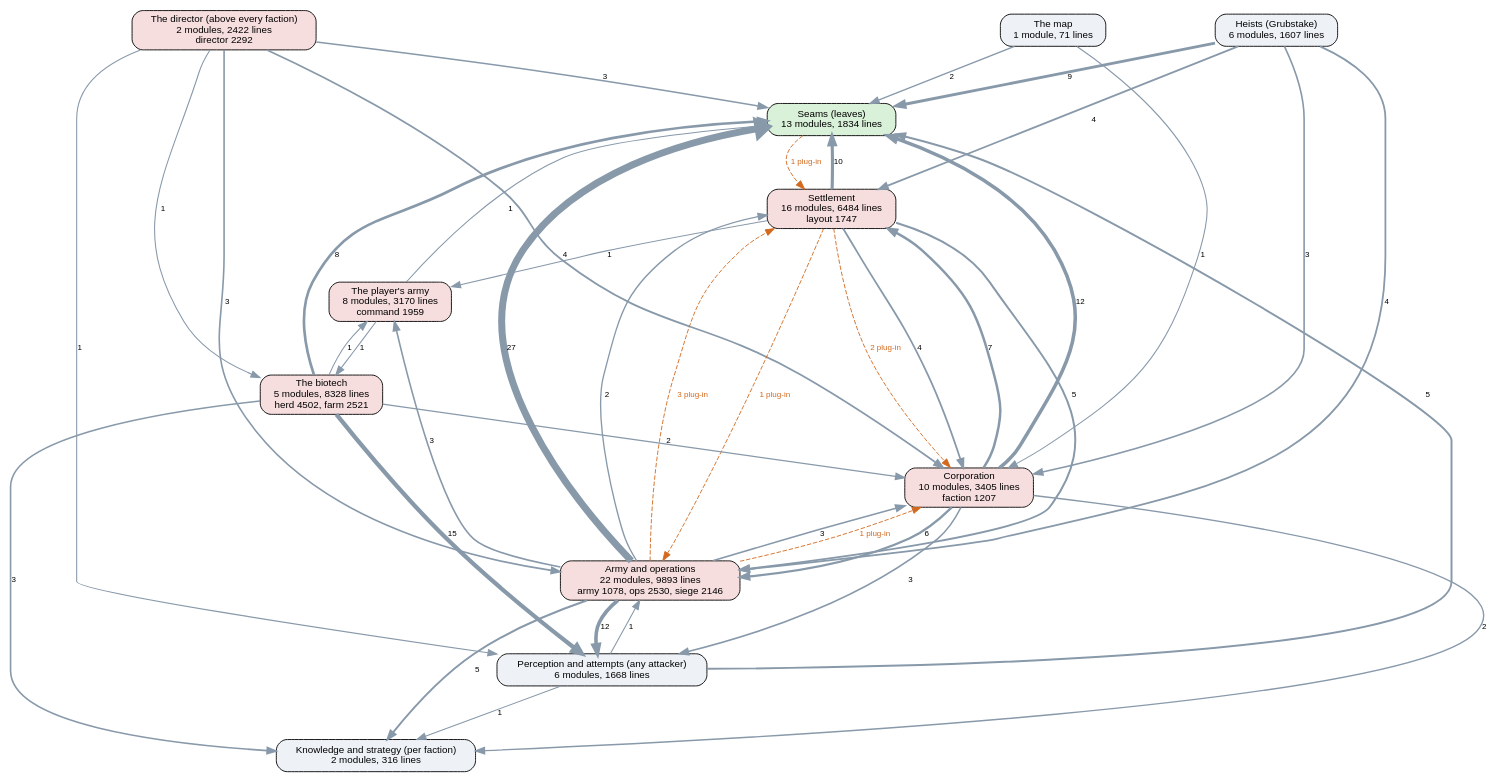
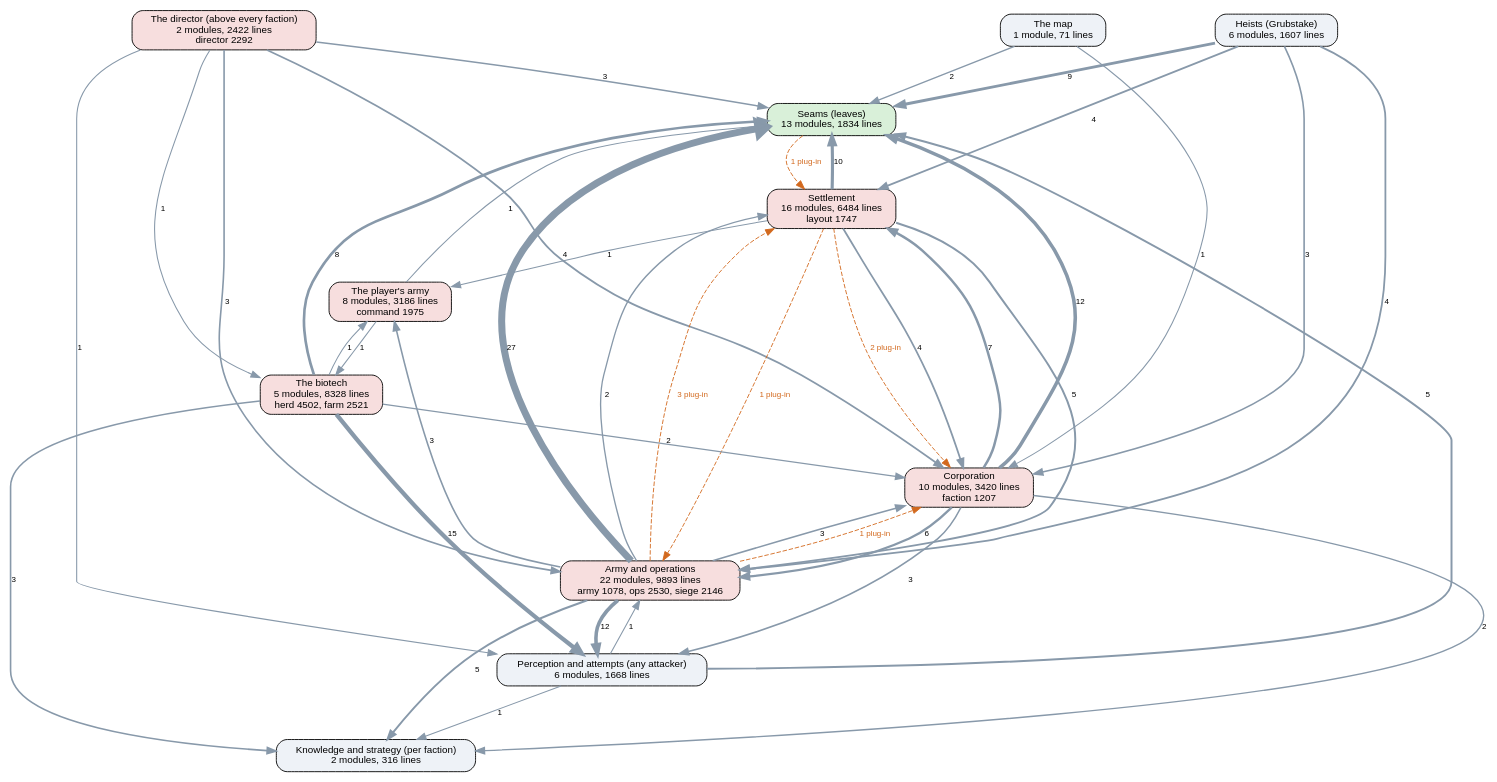
Before and after one commit to kinelhu/landing-party: the diagram in docs/ai-layers.dot, drawn with Graphviz. The commit also changed 28 other files, not shown here.

```diff
--- a/docs/ai-layers.dot
+++ b/docs/ai-layers.dot
@@ -1,57 +1,57 @@
 digraph layers {
   graph [rankdir=TB, fontname="Helvetica", nodesep=0.5, ranksep=0.7];
   node [shape=box, style="rounded,filled", fontname="Helvetica", fontsize=11, fillcolor="#eef2f7"];
   edge [color="#8899aa", fontname="Helvetica", fontsize=9];
   "Seams (leaves)" [label="Seams (leaves)\n13 modules, 1834 lines", fillcolor="#d9f0d9"];
   "Perception and attempts (any attacker)" [label="Perception and attempts (any attacker)\n6 modules, 1668 lines", fillcolor="#eef2f7"];
   "Knowledge and strategy (per faction)" [label="Knowledge and strategy (per faction)\n2 modules, 316 lines", fillcolor="#eef2f7"];
   "The director (above every faction)" [label="The director (above every faction)\n2 modules, 2422 lines\ndirector 2292", fillcolor="#f7dede"];
-  "Corporation" [label="Corporation\n10 modules, 3405 lines\nfaction 1207", fillcolor="#f7dede"];
+  "Corporation" [label="Corporation\n10 modules, 3420 lines\nfaction 1207", fillcolor="#f7dede"];
   "Settlement" [label="Settlement\n16 modules, 6484 lines\nlayout 1747", fillcolor="#f7dede"];
   "Army and operations" [label="Army and operations\n22 modules, 9893 lines\narmy 1078, ops 2530, siege 2146", fillcolor="#f7dede"];
   "Heists (Grubstake)" [label="Heists (Grubstake)\n6 modules, 1607 lines", fillcolor="#eef2f7"];
   "The biotech" [label="The biotech\n5 modules, 8328 lines\nherd 4502, farm 2521", fillcolor="#f7dede"];
   "The map" [label="The map\n1 module, 71 lines", fillcolor="#eef2f7"];
-  "The player's army" [label="The player's army\n8 modules, 3170 lines\ncommand 1959", fillcolor="#f7dede"];
+  "The player's army" [label="The player's army\n8 modules, 3186 lines\ncommand 1975", fillcolor="#f7dede"];
   "Army and operations" -> "Corporation" [label="3", penwidth=1.8];
   "Army and operations" -> "Knowledge and strategy (per faction)" [label="5", penwidth=2.2];
   "Army and operations" -> "Perception and attempts (any attacker)" [label="12", penwidth=4.0];
   "Army and operations" -> "Seams (leaves)" [label="27", penwidth=7.8];
   "Army and operations" -> "Settlement" [label="2", penwidth=1.5];
   "Army and operations" -> "The player's army" [label="3", penwidth=1.8];
   "Corporation" -> "Army and operations" [label="6", penwidth=2.5];
   "Corporation" -> "Knowledge and strategy (per faction)" [label="2", penwidth=1.5];
   "Corporation" -> "Perception and attempts (any attacker)" [label="3", penwidth=1.8];
   "Corporation" -> "Seams (leaves)" [label="12", penwidth=4.0];
   "Corporation" -> "Settlement" [label="7", penwidth=2.8];
   "Heists (Grubstake)" -> "Army and operations" [label="4", penwidth=2.0];
   "Heists (Grubstake)" -> "Corporation" [label="3", penwidth=1.8];
   "Heists (Grubstake)" -> "Seams (leaves)" [label="9", penwidth=3.2];
   "Heists (Grubstake)" -> "Settlement" [label="4", penwidth=2.0];
   "Perception and attempts (any attacker)" -> "Army and operations" [label="1", penwidth=1.2];
   "Perception and attempts (any attacker)" -> "Knowledge and strategy (per faction)" [label="1", penwidth=1.2];
   "Perception and attempts (any attacker)" -> "Seams (leaves)" [label="5", penwidth=2.2];
   "Settlement" -> "Army and operations" [label="5", penwidth=2.2];
   "Settlement" -> "Corporation" [label="4", penwidth=2.0];
   "Settlement" -> "Seams (leaves)" [label="10", penwidth=3.5];
   "Settlement" -> "The player's army" [label="1", penwidth=1.2];
   "The biotech" -> "Corporation" [label="2", penwidth=1.5];
   "The biotech" -> "Knowledge and strategy (per faction)" [label="3", penwidth=1.8];
   "The biotech" -> "Perception and attempts (any attacker)" [label="15", penwidth=4.8];
   "The biotech" -> "Seams (leaves)" [label="8", penwidth=3.0];
   "The biotech" -> "The player's army" [label="1", penwidth=1.2];
   "The director (above every faction)" -> "Army and operations" [label="3", penwidth=1.8];
   "The director (above every faction)" -> "Corporation" [label="4", penwidth=2.0];
   "The director (above every faction)" -> "Perception and attempts (any attacker)" [label="1", penwidth=1.2];
   "The director (above every faction)" -> "Seams (leaves)" [label="3", penwidth=1.8];
   "The director (above every faction)" -> "The biotech" [label="1", penwidth=1.2];
   "The map" -> "Corporation" [label="1", penwidth=1.2];
   "The map" -> "Seams (leaves)" [label="2", penwidth=1.5];
   "The player's army" -> "Seams (leaves)" [label="1", penwidth=1.2];
   "The player's army" -> "The biotech" [label="1", penwidth=1.2];
   "Army and operations" -> "Corporation" [style=dashed, color="#d2691e", fontcolor="#d2691e", label="1 plug-in"];
   "Army and operations" -> "Settlement" [style=dashed, color="#d2691e", fontcolor="#d2691e", label="3 plug-in"];
   "Seams (leaves)" -> "Settlement" [style=dashed, color="#d2691e", fontcolor="#d2691e", label="1 plug-in"];
   "Settlement" -> "Army and operations" [style=dashed, color="#d2691e", fontcolor="#d2691e", label="1 plug-in"];
   "Settlement" -> "Corporation" [style=dashed, color="#d2691e", fontcolor="#d2691e", label="2 plug-in"];
 }
```
